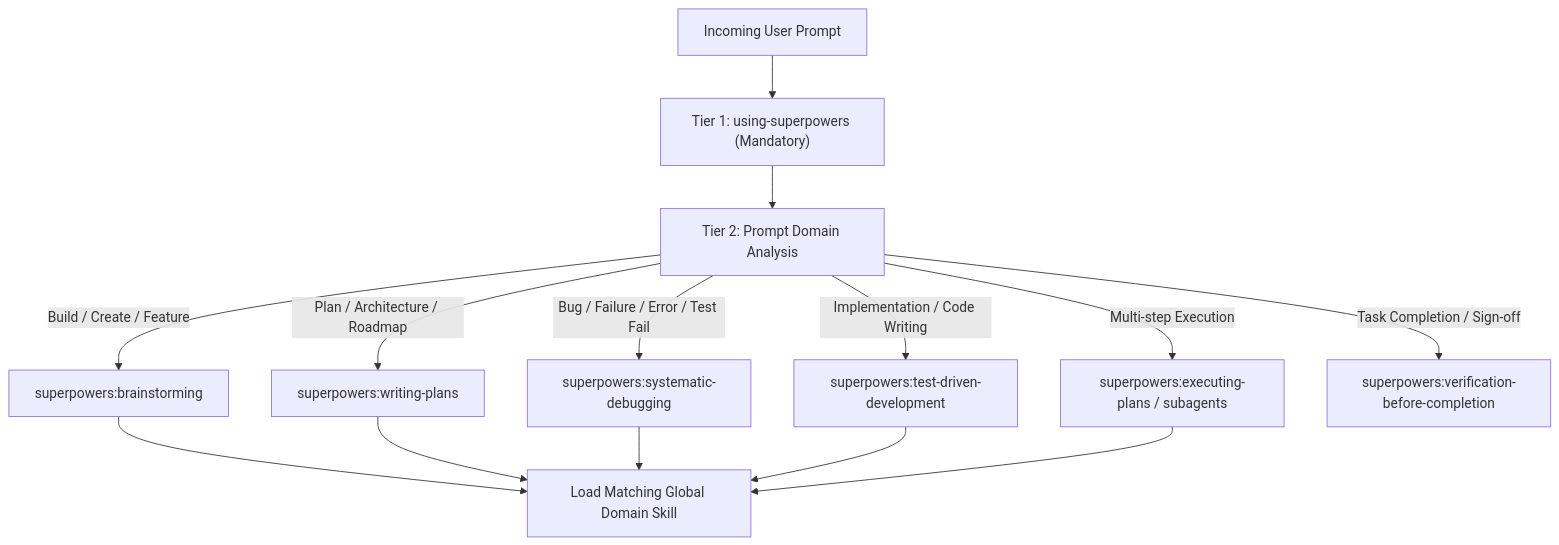
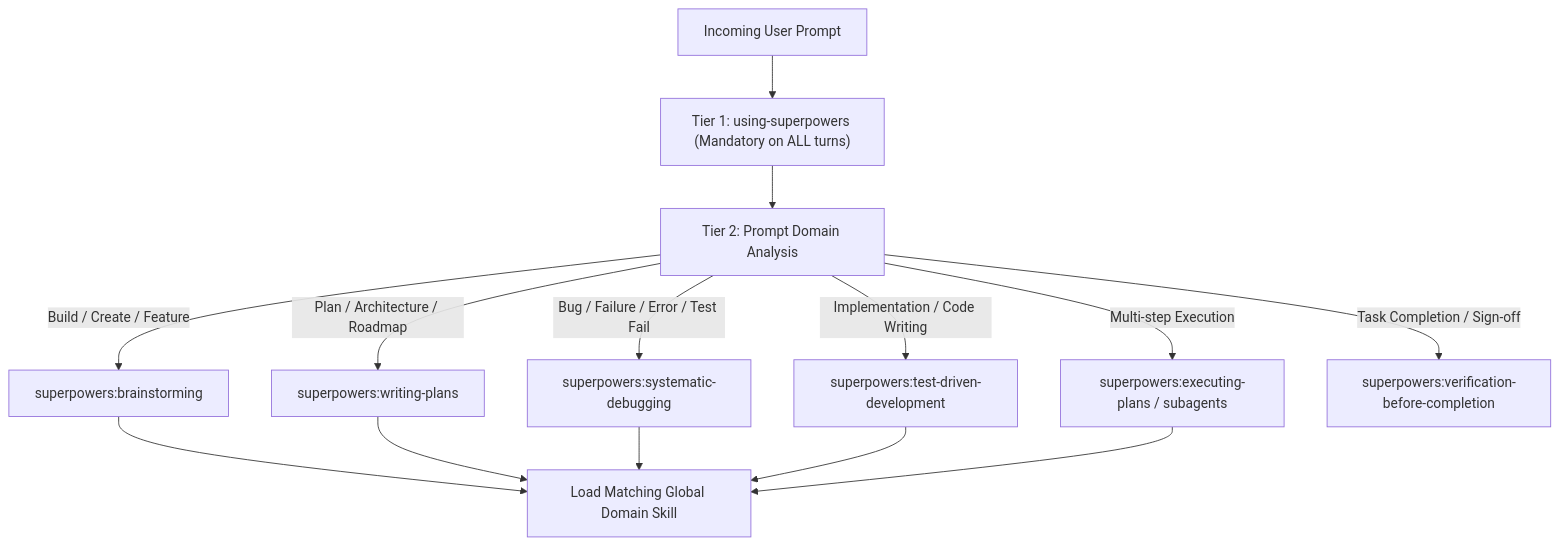
The diagram in prompt.md (Vrajesh-sulakhe/skills-master), drawn with Mermaid before and after one commit. The commit also changed other lines of this file and 1 other file, not shown here.

Commit message:
feat: make prompt.md and README universal for any AI agent harness (Claude Code, Cursor, Codex, OpenCode, Windsurf, Antigravity)

````diff
--- a/prompt.md
+++ b/prompt.md
@@ -22,18 +26,18 @@
 ```mermaid
 flowchart TD
-    UserPrompt["Incoming User Prompt"] --> Step0["Tier 1: using-superpowers (Mandatory)"]
+    UserPrompt["Incoming User Prompt"] --> Step0["Tier 1: using-superpowers (Mandatory on ALL turns)"]
     Step0 --> Tier2["Tier 2: Prompt Domain Analysis"]
     
     Tier2 -->|"Build / Create / Feature"| Brainstorm["superpowers:brainstorming"]
     Tier2 -->|"Plan / Architecture / Roadmap"| Plan["superpowers:writing-plans"]
     Tier2 -->|"Bug / Failure / Error / Test Fail"| Debug["superpowers:systematic-debugging"]
     Tier2 -->|"Implementation / Code Writing"| TDD["superpowers:test-driven-development"]
     Tier2 -->|"Multi-step Execution"| Exec["superpowers:executing-plans / subagents"]
     Tier2 -->|"Task Completion / Sign-off"| Verify["superpowers:verification-before-completion"]
     
     Brainstorm --> DomainSkill["Load Matching Global Domain Skill"]
     Plan --> DomainSkill
     Debug --> DomainSkill
     TDD --> DomainSkill
     Exec --> DomainSkill
 ```
````
